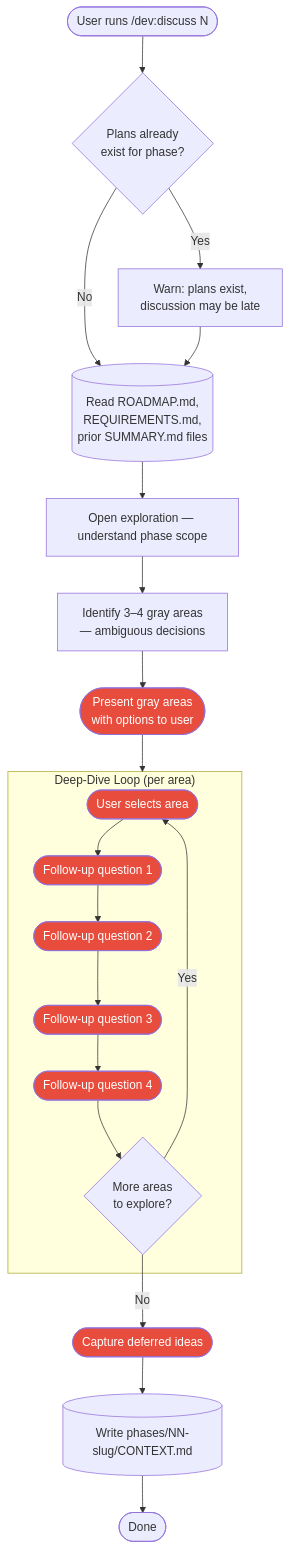
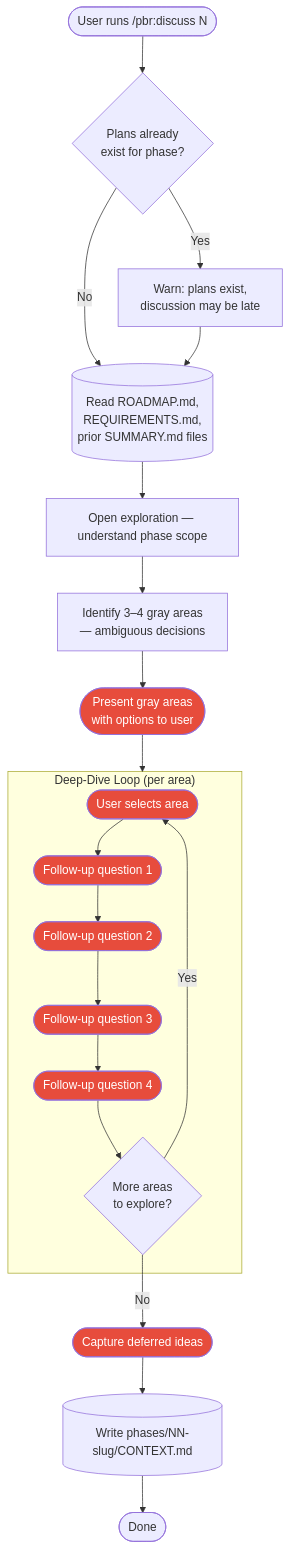
One commit to SienkLogic/plan-build-run changed the eighth of 14 diagrams in docs/ARCHITECTURE.md. Above: the diagram before and after it, drawn with Mermaid. The commit also changed other lines of this file and 358 other files, not shown here.

````diff
--- a/docs/ARCHITECTURE.md
+++ b/docs/ARCHITECTURE.md
@@ -388,39 +388,39 @@
 ```mermaid
 flowchart TD
-    Start([User runs /dev:discuss N]) --> CheckPlans{Plans already<br/>exist for phase?}
+    Start([User runs /pbr:discuss N]) --> CheckPlans{Plans already<br/>exist for phase?}
 
     CheckPlans -->|Yes| Warn[Warn: plans exist,<br/>discussion may be late]
     CheckPlans -->|No| LoadContext
 
     Warn --> LoadContext[("Read ROADMAP.md,<br/>REQUIREMENTS.md,<br/>prior SUMMARY.md files")]
 
     LoadContext --> Explore[Open exploration — understand phase scope]
 
     Explore --> GrayAreas["Identify 3–4 gray areas<br/>— ambiguous decisions"]
 
     GrayAreas --> PresentAreas([Present gray areas<br/>with options to user])
 
     PresentAreas --> DeepDive
 
     subgraph DeepDive ["Deep-Dive Loop (per area)"]
         SelectArea([User selects area]) --> Q1([Follow-up question 1])
         Q1 --> Q2([Follow-up question 2])
         Q2 --> Q3([Follow-up question 3])
         Q3 --> Q4([Follow-up question 4])
         Q4 --> MoreAreas{More areas<br/>to explore?}
         MoreAreas -->|Yes| SelectArea
     end
 
     MoreAreas -->|No| Deferred([Capture deferred ideas])
 
     Deferred --> WriteCtx[(Write phases/NN-slug/CONTEXT.md)]
     WriteCtx --> Done([Done])
 
     style PresentAreas fill:#e74c3c,color:#fff
     style SelectArea fill:#e74c3c,color:#fff
     style Q1 fill:#e74c3c,color:#fff
     style Q2 fill:#e74c3c,color:#fff
     style Q3 fill:#e74c3c,color:#fff
     style Q4 fill:#e74c3c,color:#fff
     style Deferred fill:#e74c3c,color:#fff
 ```
````
